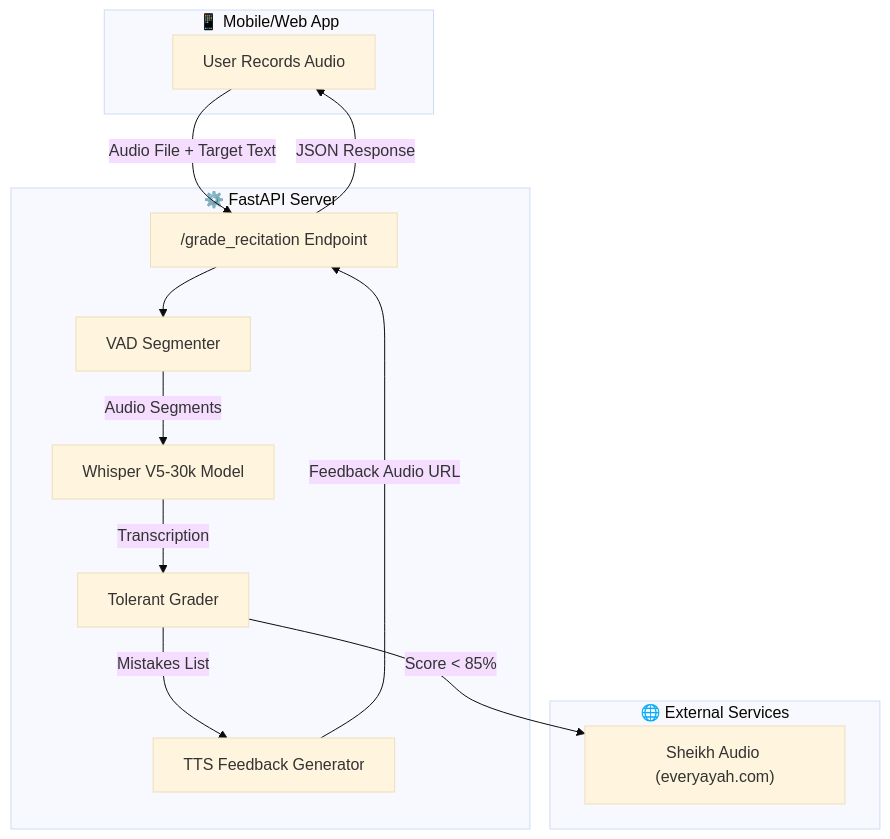
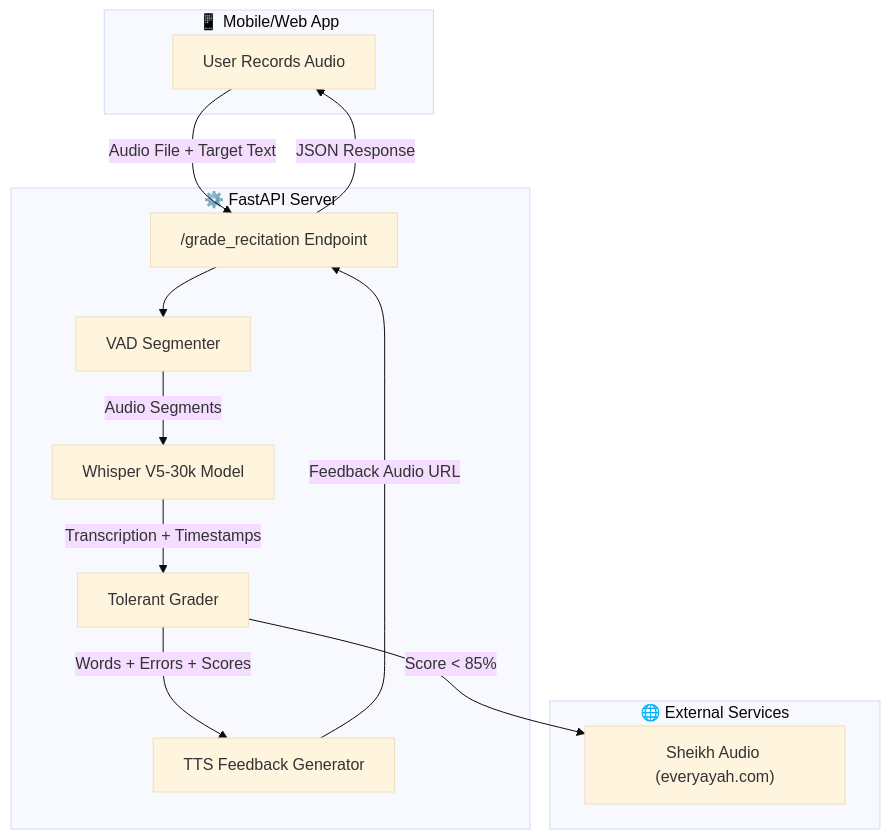
One commit to HassanAbdelshafy21/Quran-ARS changed the first of 2 diagrams in README.md. Above: the diagram before and after it, drawn with Mermaid (base theme). The commit also changed other lines of this file and 20 other files, not shown here.

````diff
--- a/README.md
+++ b/README.md
@@ -28,27 +31,27 @@
 ```mermaid
 flowchart TB
     subgraph Frontend["📱 Mobile/Web App"]
         A[User Records Audio]
     end
     
     subgraph Backend["⚙️ FastAPI Server"]
         B["/grade_recitation Endpoint"]
         C["VAD Segmenter"]
         D["Whisper V5-30k Model"]
         E["Tolerant Grader"]
         F["TTS Feedback Generator"]
     end
     
     subgraph External["🌐 External Services"]
         G["Sheikh Audio (everyayah.com)"]
     end
     
     A -->|Audio File + Target Text| B
     B --> C
     C -->|Audio Segments| D
-    D -->|Transcription| E
-    E -->|Mistakes List| F
+    D -->|Transcription + Timestamps| E
+    E -->|Words + Errors + Scores| F
     F -->|Feedback Audio URL| B
     E -->|Score < 85%| G
     B -->|JSON Response| A
 ```
````
